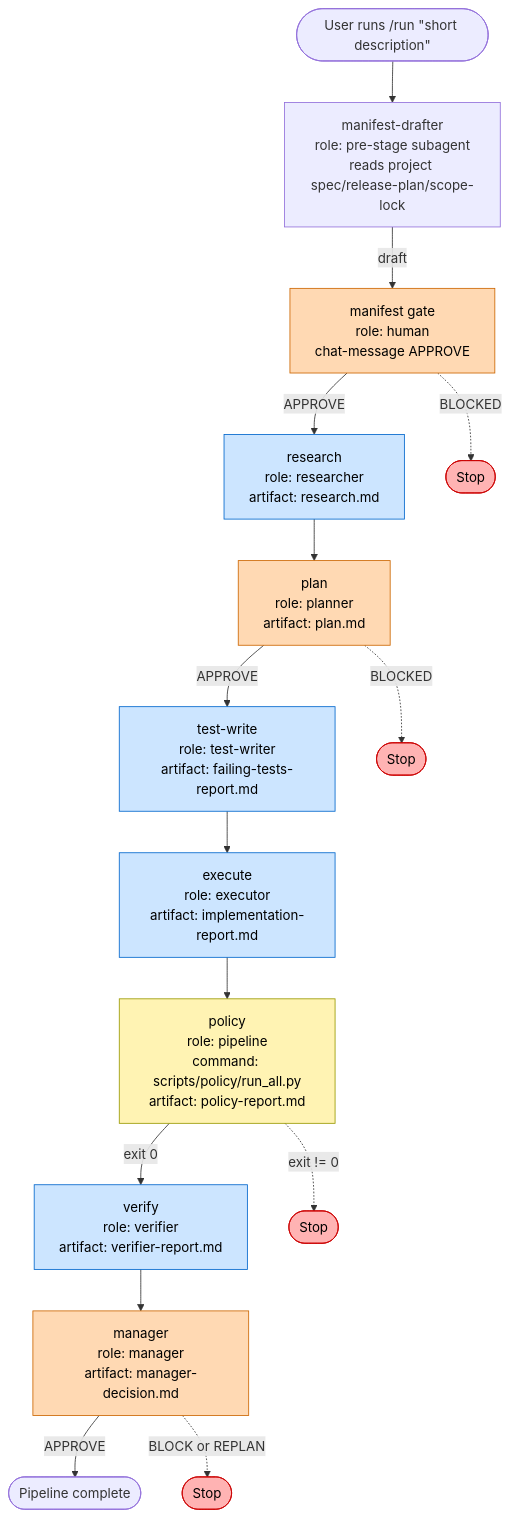
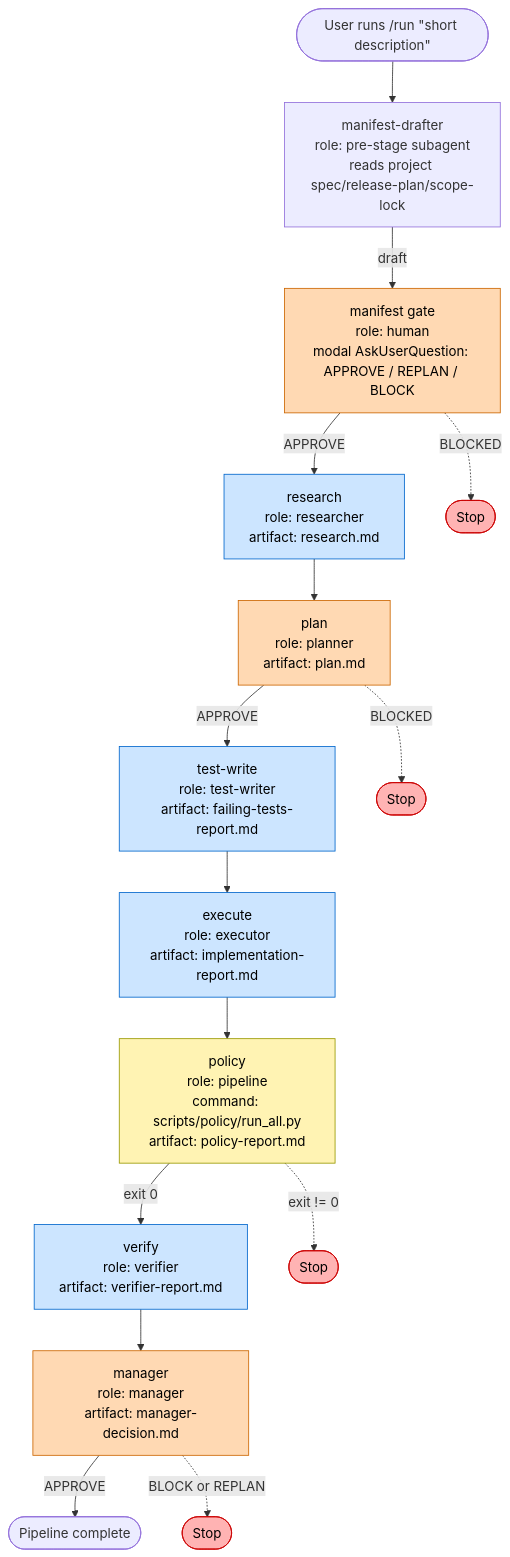
One commit to scottconverse/agentic-pipeline changed the fifth of 13 diagrams in ARCHITECTURE.md. Above: the diagram before and after it, drawn with Mermaid. The commit also changed other lines of this file and 6 other files, not shown here.

First line of the commit message:
audit Pass 11d: case-insensitive chat-APPROVE sweep + verifier B1/B2

````diff
--- a/ARCHITECTURE.md
+++ b/ARCHITECTURE.md
@@ -186,28 +186,28 @@
 ```mermaid
 flowchart TB
     Start([User runs /run &quot;short description&quot;]) --> D[manifest-drafter<br/>role: pre-stage subagent<br/>reads project spec/release-plan/scope-lock]
-    D -- draft --> M[manifest gate<br/>role: human<br/>chat-message APPROVE]
+    D -- draft --> M[manifest gate<br/>role: human<br/>modal AskUserQuestion: APPROVE / REPLAN / BLOCK]
     M -- APPROVE --> R[research<br/>role: researcher<br/>artifact: research.md]
     R --> P[plan<br/>role: planner<br/>artifact: plan.md]
     P -- APPROVE --> TW[test-write<br/>role: test-writer<br/>artifact: failing-tests-report.md]
     TW --> E[execute<br/>role: executor<br/>artifact: implementation-report.md]
     E --> POL[policy<br/>role: pipeline<br/>command: scripts/policy/run_all.py<br/>artifact: policy-report.md]
     POL -- exit 0 --> V[verify<br/>role: verifier<br/>artifact: verifier-report.md]
     V --> MGR[manager<br/>role: manager<br/>artifact: manager-decision.md]
     MGR -- APPROVE --> Done([Pipeline complete])
 
     M -. BLOCKED .-> Stop1([Stop])
     P -. BLOCKED .-> Stop2([Stop])
     POL -. exit != 0 .-> Stop3([Stop])
     MGR -. BLOCK or REPLAN .-> Stop4([Stop])
 
     classDef human fill:#ffd9b3,stroke:#cc6600,color:#000
     classDef agent fill:#cce5ff,stroke:#0066cc,color:#000
     classDef policy fill:#fff3b3,stroke:#999900,color:#000
     classDef stop fill:#ffb3b3,stroke:#cc0000,color:#000
 
     class M,P,MGR human
     class R,TW,E,V agent
     class POL policy
     class Stop1,Stop2,Stop3,Stop4 stop
 ```
````
